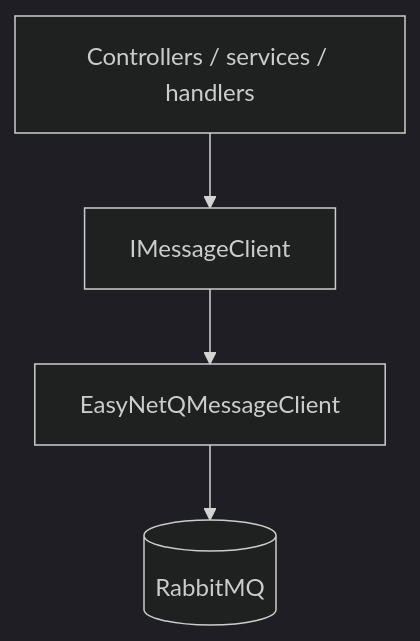
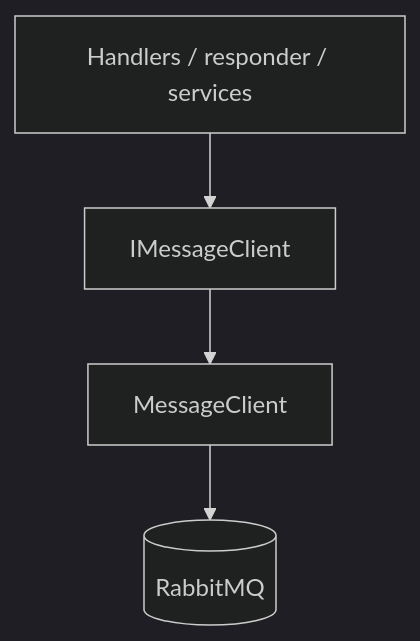
One commit to Rulz123/Bizcord-MicroServices changed the diagram in docs/Messaging.md. Above: the diagram before and after it, drawn with Mermaid (dark theme). The commit also changed other lines of this file, not shown here.

````diff
--- a/docs/Messaging.md
+++ b/docs/Messaging.md
@@ -12,6 +15,6 @@
 ```mermaid
 flowchart TD
-    A[Controllers / services / handlers] --> B[IMessageClient]
-    B --> C[EasyNetQMessageClient]
+    A[Handlers / responder / services] --> B[IMessageClient]
+    B --> C[MessageClient]
     C --> D[(RabbitMQ)]
 ```
````
